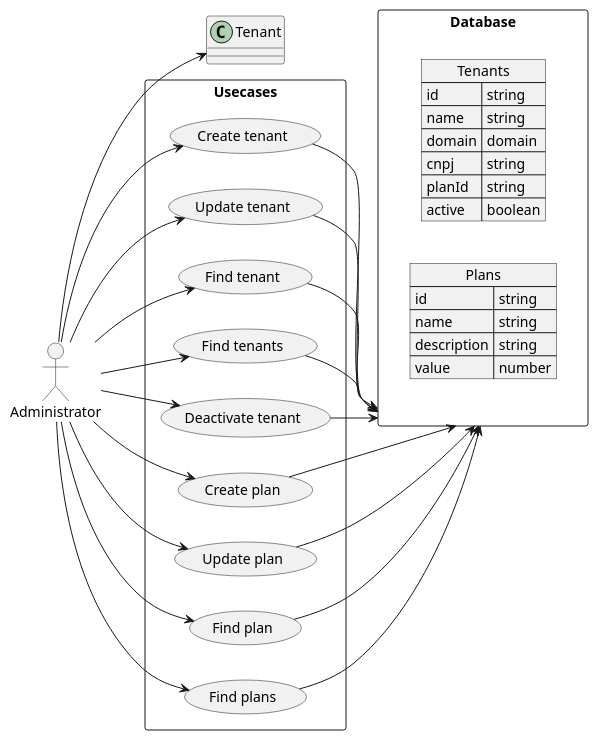
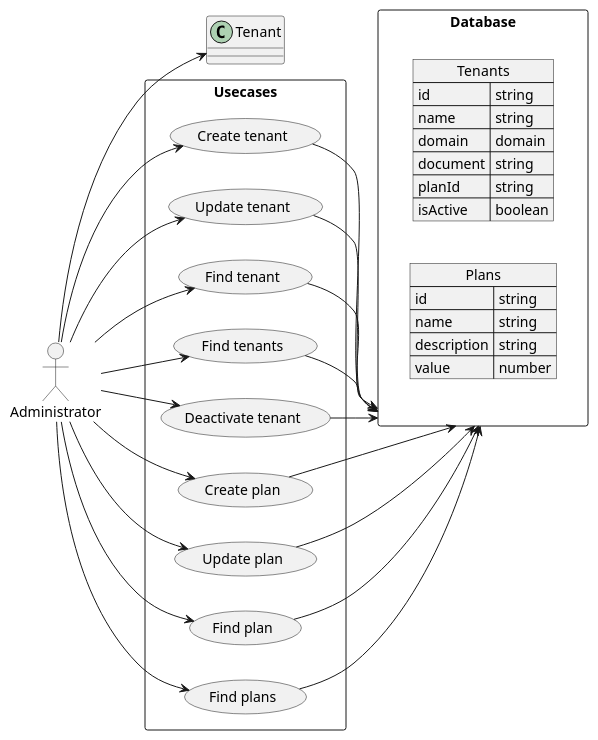
One commit to gustavorodrigues19/ddd-api changed the diagram in uml/system-adm.usecase.wsd. Above: the diagram before and after it, drawn with PlantUML. The commit also changed 11 other files, not shown here.

```diff
--- a/uml/system-adm.usecase.wsd
+++ b/uml/system-adm.usecase.wsd
@@ -1,59 +1,59 @@
 @startuml
 allowmixing
 
 rectangle Database {
   json Tenants {
     "id":"string",
     "name":"string",
     "domain": "domain",
-    "cnpj":"string",
+    "document":"string",
     "planId": "string",
-    "active": "boolean"
+    "isActive": "boolean"
   }
 
   json Plans {
     "id": "string",
     "name":"string",
     "description": "string",
     "value": "number"
   }
 }
 
 left to right direction
 actor "Administrator" as adm
 rectangle Usecases {
   usecase "Create tenant" as CT
   usecase "Update tenant" as UT
   usecase "Find tenant" as FT
   usecase "Find tenants" as FTS
   usecase "Deactivate tenant" as DT
 
   usecase "Create plan" as CP
   usecase "Update plan" as UP
   usecase "Find plan" as FP
   usecase "Find plans" as FPS
 }
 
 adm --> Tenant
 adm --> CT
 adm --> UT
 adm --> FT
 adm --> FTS
 adm --> DT
 adm --> CP
 adm --> UP
 adm --> FP
 adm --> FPS
 
 CT --> Database
 UT --> Database
 FT --> Database
 FTS --> Database
 DT --> Database
 
 CP --> Database
 UP --> Database
 FP --> Database
 FPS --> Database
 
 @enduml
```
